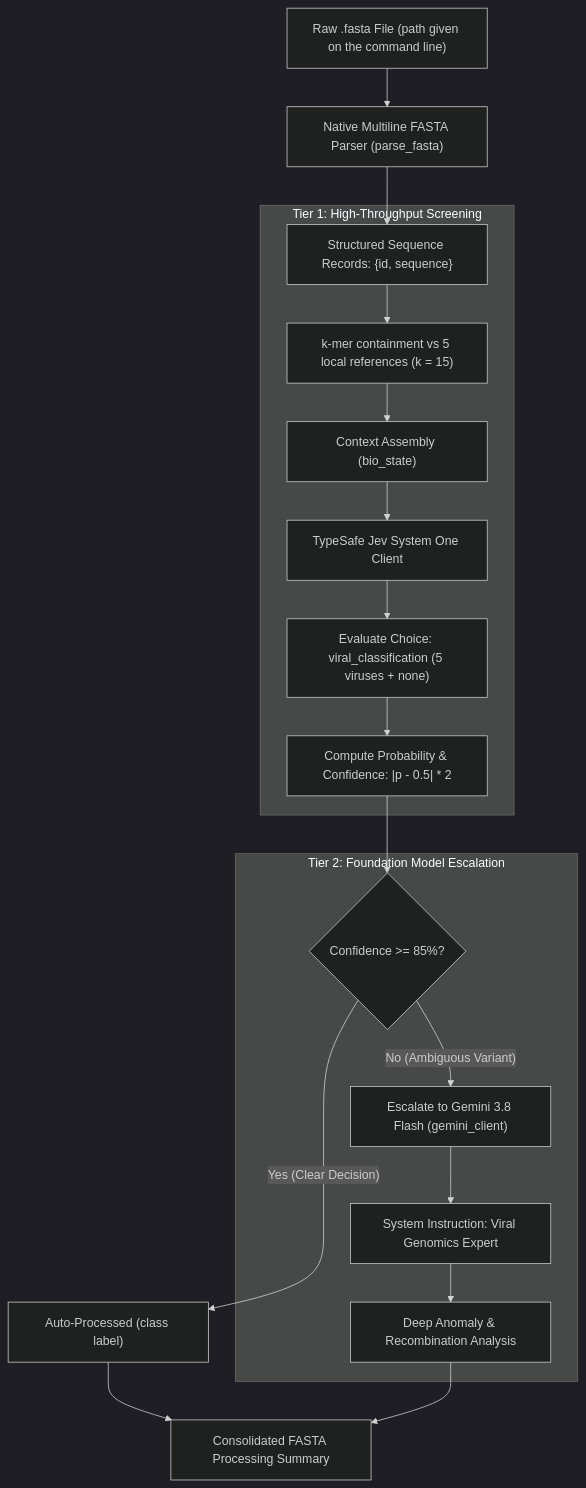
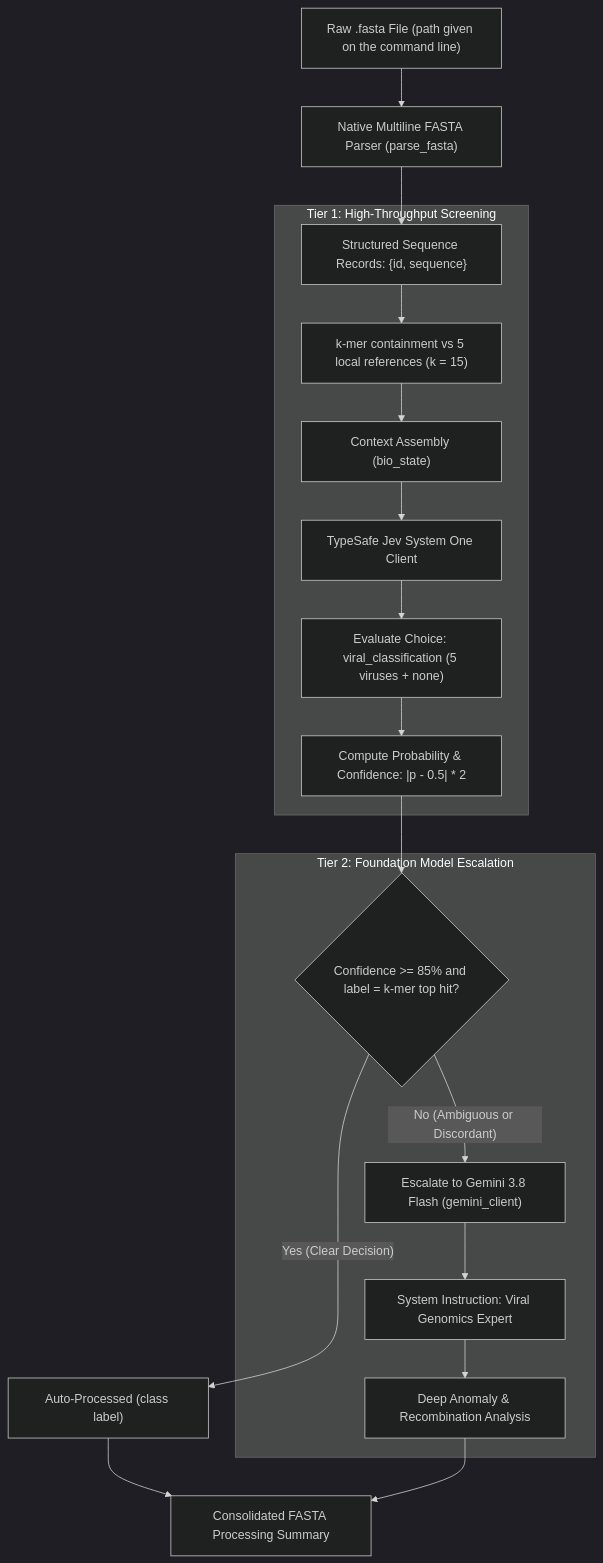
The diagram in README.md (Johnkecops/General-Viral-Gene-Annotator), drawn with Mermaid (dark theme) before and after one commit. The commit also changed other lines of this file and 6 other files, not shown here.

````diff
--- a/README.md
+++ b/README.md
@@ -23,26 +23,26 @@
 ```mermaid
 flowchart TD
     A["Raw .fasta File (path given on the command line)"] --> B["Native Multiline FASTA Parser (parse_fasta)"]
     B --> C["Structured Sequence Records: {id, sequence}"]
     
     subgraph S1 ["Tier 1: High-Throughput Screening"]
         C --> C2["k-mer containment vs 5 local references (k = 15)"]
         C2 --> D["Context Assembly (bio_state)"]
         D --> E["TypeSafe Jev System One Client"]
         E --> F["Evaluate Choice: viral_classification (5 viruses + none)"]
         F --> G["Compute Probability & Confidence: |p - 0.5| * 2"]
     end
     
-    G --> H{"Confidence >= 85%?"}
+    G --> H{"Confidence >= 85% and label = k-mer top hit?"}
     
     H -- "Yes (Clear Decision)" --> I["Auto-Processed (class label)"]
     
     subgraph S2 ["Tier 2: Foundation Model Escalation"]
-        H -- "No (Ambiguous Variant)" --> J["Escalate to Gemini 3.8 Flash (gemini_client)"]
+        H -- "No (Ambiguous or Discordant)" --> J["Escalate to Gemini 3.8 Flash (gemini_client)"]
         J --> K["System Instruction: Viral Genomics Expert"]
         K --> L["Deep Anomaly & Recombination Analysis"]
     end
     
     I --> M["Consolidated FASTA Processing Summary"]
     L --> M
 ```
````
